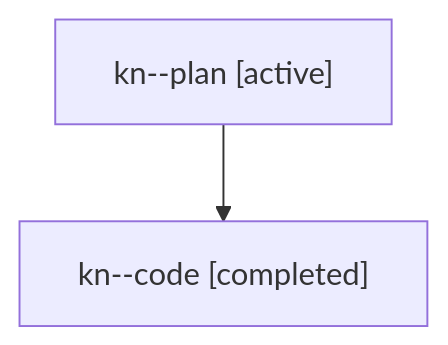
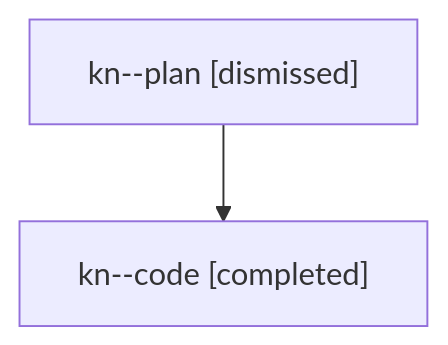
Before and after one commit to sase-org/sase--agents: the diagram in sessions/bbugyi200.athena.kn.md, drawn with Mermaid. The commit also changed other lines of this file and 48 other files, not shown here.

````diff
--- a/sessions/bbugyi200.athena.kn.md
+++ b/sessions/bbugyi200.athena.kn.md
@@ -9,6 +9,6 @@
 ```mermaid
 flowchart TD
-  n0["kn--plan [active]"]
+  n0["kn--plan [dismissed]"]
   n1["kn--code [completed]"]
   n0 --> n1
 ```
````
